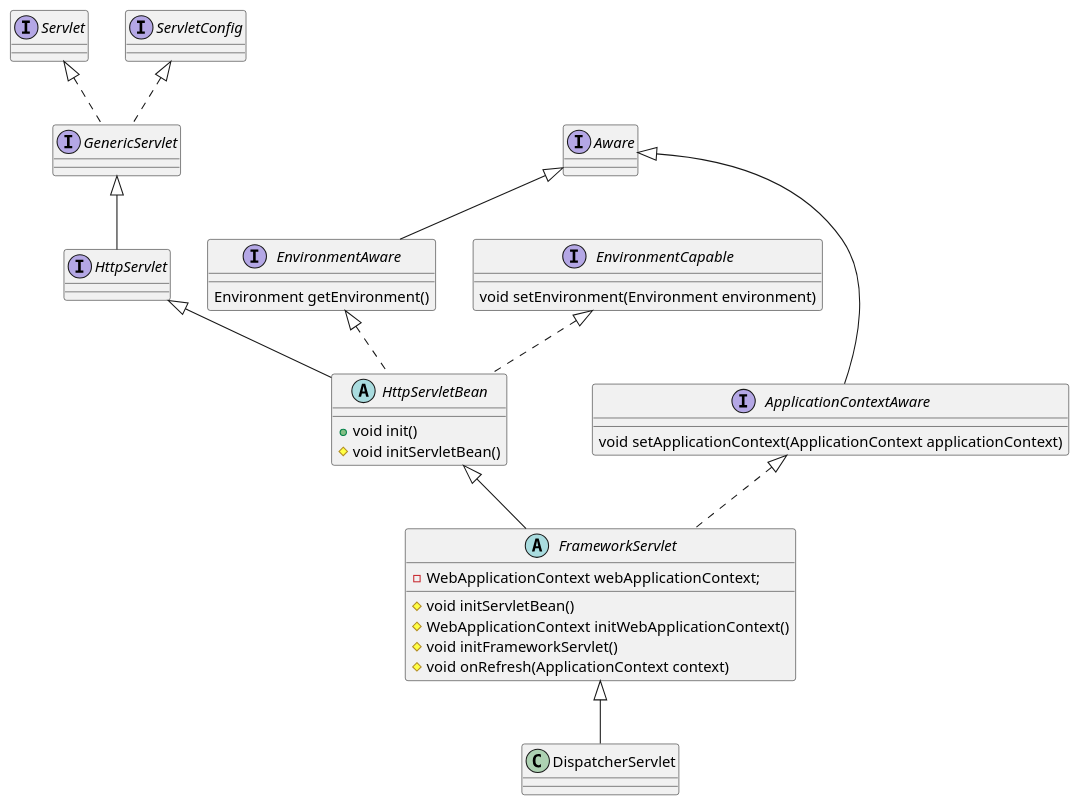
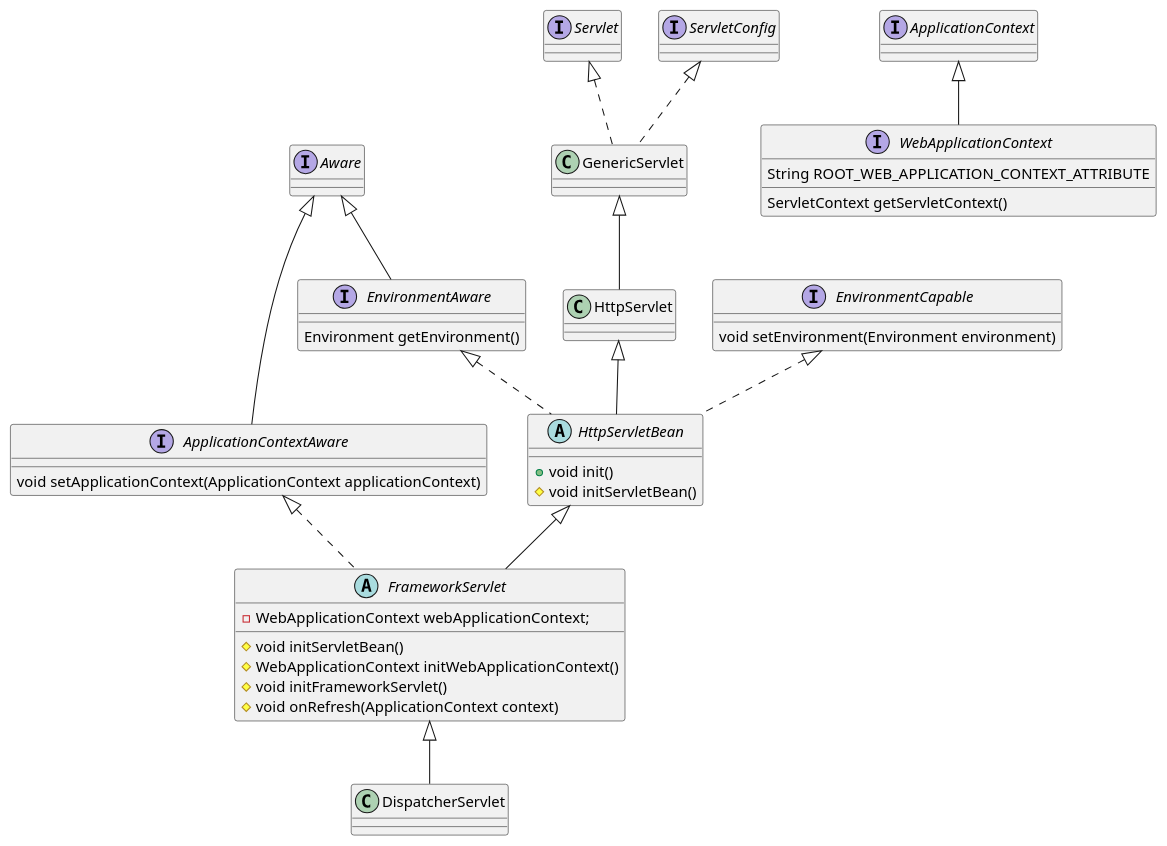
The diagram in src/main/resources/uml/DispatcherServlet.puml (lwaytogo/spring-mvc-demo), drawn with PlantUML before and after one commit.

Commit message:
注释修改

```diff
--- a/src/main/resources/uml/DispatcherServlet.puml
+++ b/src/main/resources/uml/DispatcherServlet.puml
@@ -1,59 +1,54 @@
 @startuml
 'https://plantuml.com/class-diagram
+
+interface Aware
 
 interface Servlet
 interface ServletConfig
 
-interface GenericServlet
-Servlet <|.. GenericServlet
-ServletConfig <|.. GenericServlet
+class GenericServlet implements Servlet,ServletConfig
 
-interface HttpServlet
-GenericServlet <|-- HttpServlet
+class HttpServlet extends GenericServlet
 
-interface Aware
 
-interface EnvironmentAware {
+interface EnvironmentAware extends Aware {
     Environment getEnvironment()
 }
-Aware <|-- EnvironmentAware
 
-
-interface ApplicationContextAware {
+interface ApplicationContextAware extends Aware{
     void setApplicationContext(ApplicationContext applicationContext)
 }
-Aware <|-- ApplicationContextAware
 
 
 interface EnvironmentCapable {
     void setEnvironment(Environment environment)
 }
 
-
-abstract class HttpServletBean {
+abstract class HttpServletBean extends HttpServlet implements EnvironmentCapable, EnvironmentAware{
     + void init()
     # void initServletBean()
 }
-EnvironmentCapable <|.. HttpServletBean
-HttpServlet <|-- HttpServletBean
-EnvironmentAware <|.. HttpServletBean
 
-
-abstract class FrameworkServlet {
+abstract class FrameworkServlet extends HttpServletBean implements ApplicationContextAware{
     - WebApplicationContext webApplicationContext;
     # void initServletBean()
     # WebApplicationContext initWebApplicationContext()
     # void initFrameworkServlet()
     # void onRefresh(ApplicationContext context)
 }
-ApplicationContextAware <|.. FrameworkServlet
-HttpServletBean <|-- FrameworkServlet
+
+class DispatcherServlet extends FrameworkServlet{
+
+}
 
 
-class DispatcherServlet {
 
+interface ApplicationContext
+
+interface WebApplicationContext extends ApplicationContext{
+    String ROOT_WEB_APPLICATION_CONTEXT_ATTRIBUTE
+    ServletContext getServletContext()
 }
-FrameworkServlet <|-- DispatcherServlet
 
 
 @enduml
```
